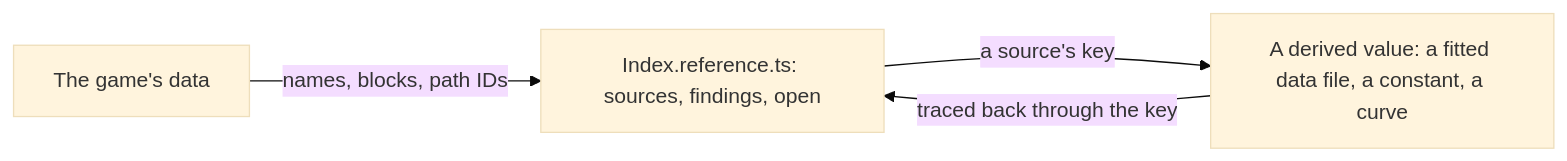
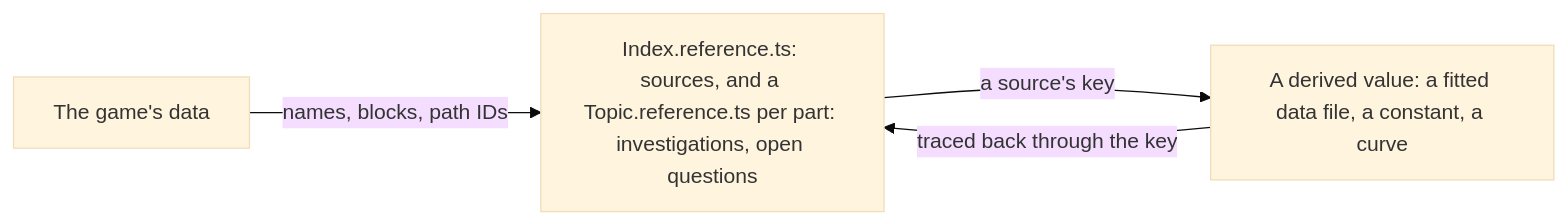
The second of 2 diagrams in apps/web/content/docs/genshin/game-data-formats.md (Esposter/Esposter), drawn with Mermaid (base theme) before and after one commit. The commit also changed other lines of this file and 39 other files, not shown here.

First line of the commit message:
refactor(genshin): a component's reference is its sources and a file per topic, each investigation with its outcome

````diff
--- a/apps/web/content/docs/genshin/game-data-formats.md
+++ b/apps/web/content/docs/genshin/game-data-formats.md
@@ -80,6 +80,6 @@
 ```mermaid
 flowchart LR
-  G[The game's data] -->|"names, blocks, path IDs"| R["Index.reference.ts: sources, findings, open"]
+  G[The game's data] -->|"names, blocks, path IDs"| R["Index.reference.ts: sources, and a Topic.reference.ts per part: investigations, open questions"]
   R -->|"a source's key"| D[A derived value: a fitted data file, a constant, a curve]
   D -->|"traced back through the key"| R
 ```
````
